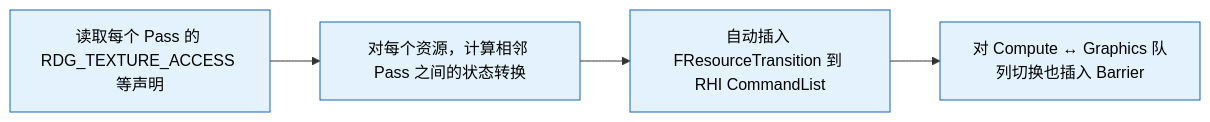
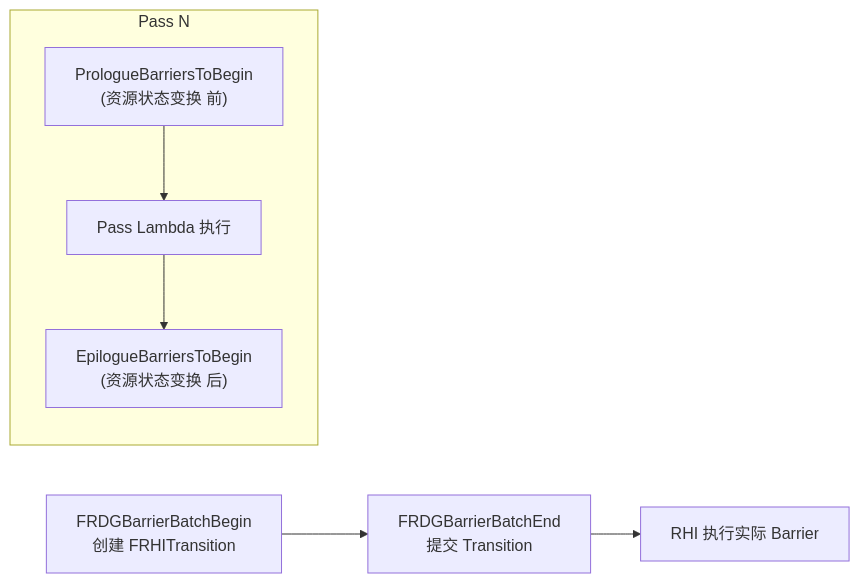
One commit to MotionlessPeri/agent_coding_guidelines changed the second of 4 diagrams in references/ue-rendering/card-08-rdg.md. Above: the diagram before and after it, drawn with Mermaid. The commit also changed other lines of this file and 8 other files, not shown here.

````diff
--- a/references/ue-rendering/card-08-rdg.md
+++ b/references/ue-rendering/card-08-rdg.md
@@ -223,8 +408,10 @@
 ```mermaid
-flowchart LR
-    A["读取每个 Pass 的 RDG_TEXTURE_ACCESS 等声明"] --> B["对每个资源，计算相邻 Pass 之间的状态转换"]
-    B --> C["自动插入 FResourceTransition 到 RHI CommandList"]
-    C --> D["对 Compute ↔ Graphics 队列切换也插入 Barrier"]
-    classDef step fill:#e3f2fd,stroke:#1565c0,color:#000
-    class A,B,C,D step
+graph LR
+    subgraph "Pass N"
+        A["PrologueBarriersToBegin<br/>(资源状态变换 前)"] --> B["Pass Lambda 执行"]
+        B --> C["EpilogueBarriersToBegin<br/>(资源状态变换 后)"]
+    end
+
+    D["FRDGBarrierBatchBegin<br/>创建 FRHITransition"] --> E["FRDGBarrierBatchEnd<br/>提交 Transition"]
+    E --> F["RHI 执行实际 Barrier"]
 ```
````
